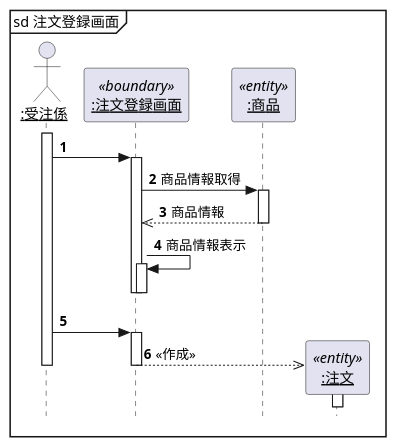
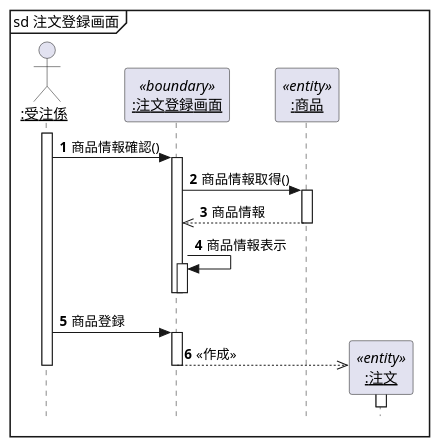
Before and after one commit to nagayamasaki/umi-intro: the diagram in 演習4/演習4-4_SD_商品注文.pu, drawn with PlantUML.

Commit message:
演習4-4の修正

```diff
--- a/演習4/演習4-4_SD_商品注文.pu
+++ b/演習4/演習4-4_SD_商品注文.pu
@@ -1,37 +1,37 @@
 @startuml  
 hide footbox 
 autonumber
 skinparam style strictuml
 Actor "<u>:受注係</u>" as clerk
 participant "<u>:注文登録画面</u>" as register <<boundary>>
 participant "<u>:商品</u>" as merchandise <<entity>>
 
 
 mainframe sd 注文登録画面
 activate clerk
-    clerk -> register : 
+    clerk -> register : 商品情報確認()
     activate register
-        register -> merchandise : 商品情報取得
+        register -> merchandise : 商品情報取得()
 
         activate merchandise
             merchandise -->> register : 商品情報
         deactivate merchandise
 
         register -> register : 商品情報表示
         
         activate register
         deactivate register
         
     deactivate register
 
-    clerk -> register : 
+    clerk -> register : 商品登録
     activate register
         create "<u>:注文</u>" as order <<entity>>
         register -->> order : <<作成>>
         activate order
 
         deactivate order
     deactivate register
 deactivate clerk
 
 @enduml
```
